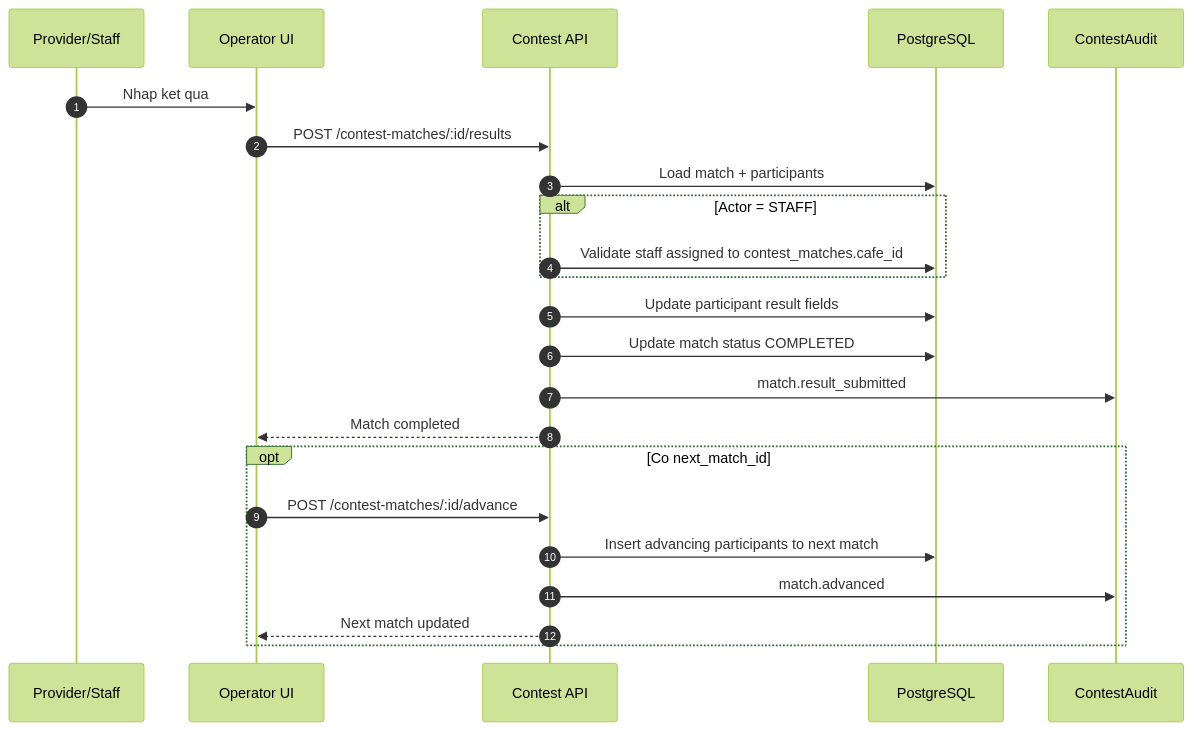
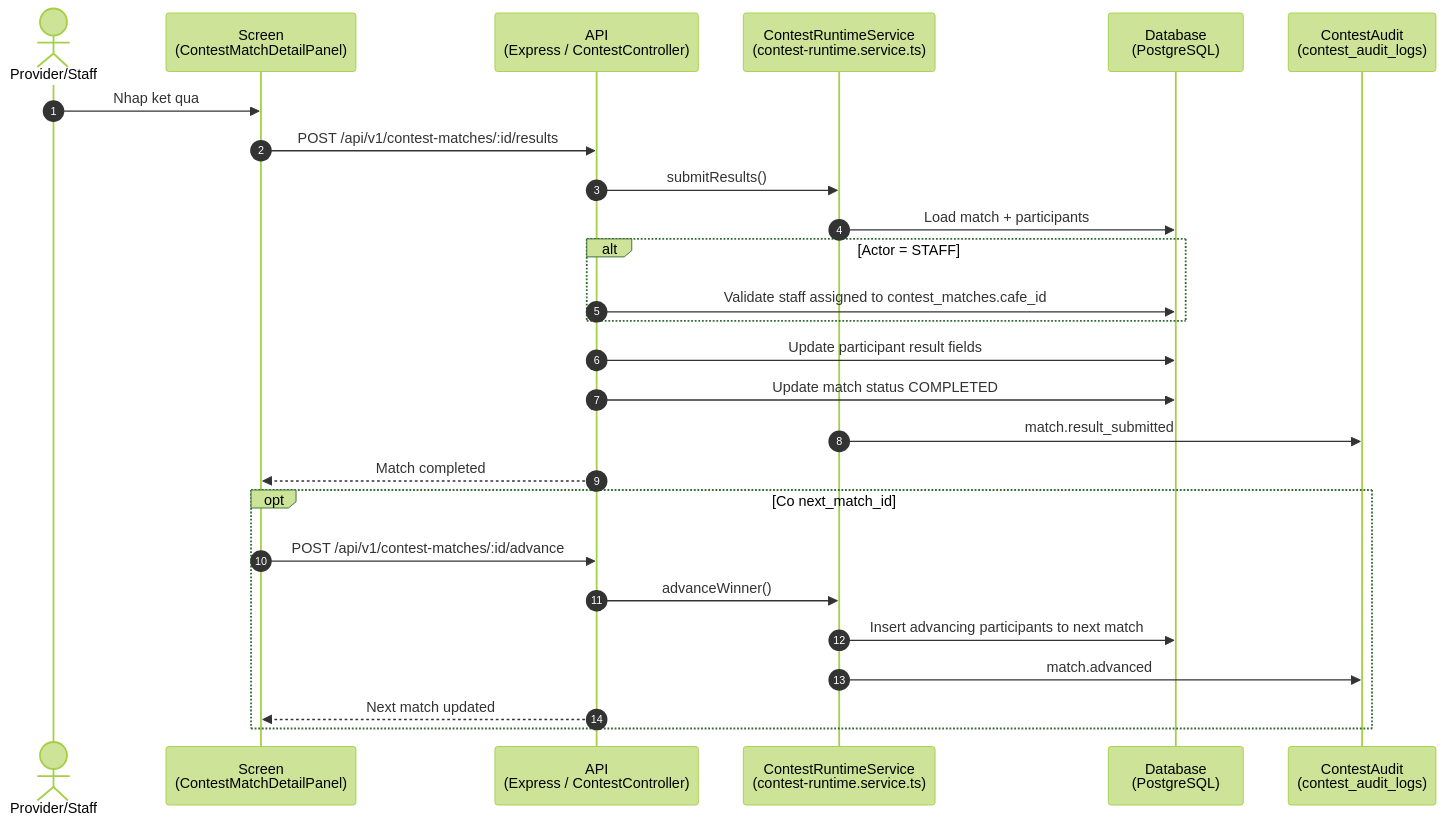
Before and after one commit to RCField-SEP490/rcfield-spec: the sixth of 9 diagrams in docs/diagrams/sequence/sequence-flow-contest-vehicle-operations.md, drawn with Mermaid (forest theme). The commit also changed other lines of this file and 15 other files, not shown here.

First line of the commit message:
Add sequence flow diagrams for provider, staff, and supporting operations

````diff
--- a/docs/diagrams/sequence/sequence-flow-contest-vehicle-operations.md
+++ b/docs/diagrams/sequence/sequence-flow-contest-vehicle-operations.md
@@ -175,27 +190,30 @@
 ```mermaid
 sequenceDiagram
     autonumber
-    participant O as Provider/Staff
-    participant FE as Operator UI
-    participant CAPI as Contest API
-    participant DB as PostgreSQL
-    participant Audit as ContestAudit
+    actor O as Provider/Staff
+    participant FE as Screen<br/>(ContestMatchDetailPanel)
+    participant CAPI as API<br/>(Express / ContestController)
+    participant Runtime as ContestRuntimeService<br/>(contest-runtime.service.ts)
+    participant DB as Database<br/>(PostgreSQL)
+    participant Audit as ContestAudit<br/>(contest_audit_logs)
 
     O->>FE: Nhap ket qua
-    FE->>CAPI: POST /contest-matches/:id/results
-    CAPI->>DB: Load match + participants
+    FE->>CAPI: POST /api/v1/contest-matches/:id/results
+    CAPI->>Runtime: submitResults()
+    Runtime->>DB: Load match + participants
     alt Actor = STAFF
         CAPI->>DB: Validate staff assigned to contest_matches.cafe_id
     end
     CAPI->>DB: Update participant result fields
     CAPI->>DB: Update match status COMPLETED
-    CAPI->>Audit: match.result_submitted
+    Runtime->>Audit: match.result_submitted
     CAPI-->>FE: Match completed
 
     opt Co next_match_id
-        FE->>CAPI: POST /contest-matches/:id/advance
-        CAPI->>DB: Insert advancing participants to next match
-        CAPI->>Audit: match.advanced
+        FE->>CAPI: POST /api/v1/contest-matches/:id/advance
+        CAPI->>Runtime: advanceWinner()
+        Runtime->>DB: Insert advancing participants to next match
+        Runtime->>Audit: match.advanced
         CAPI-->>FE: Next match updated
     end
 ```
````
